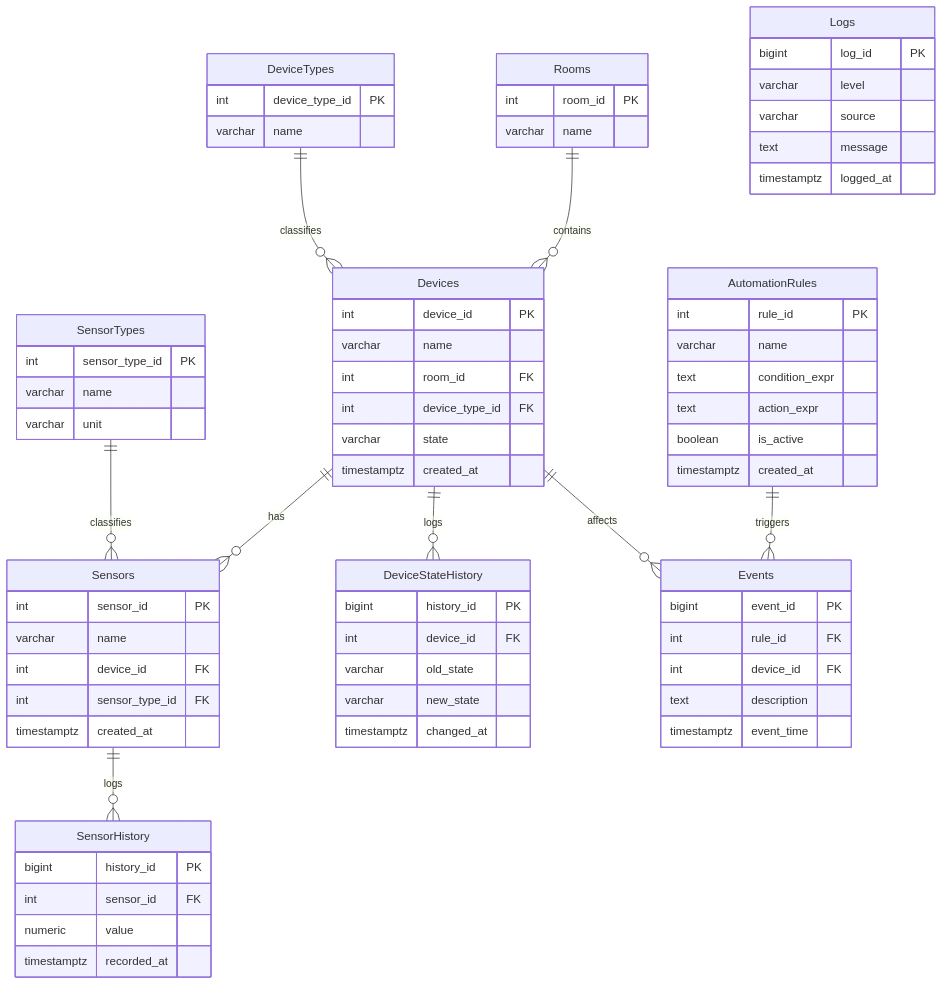
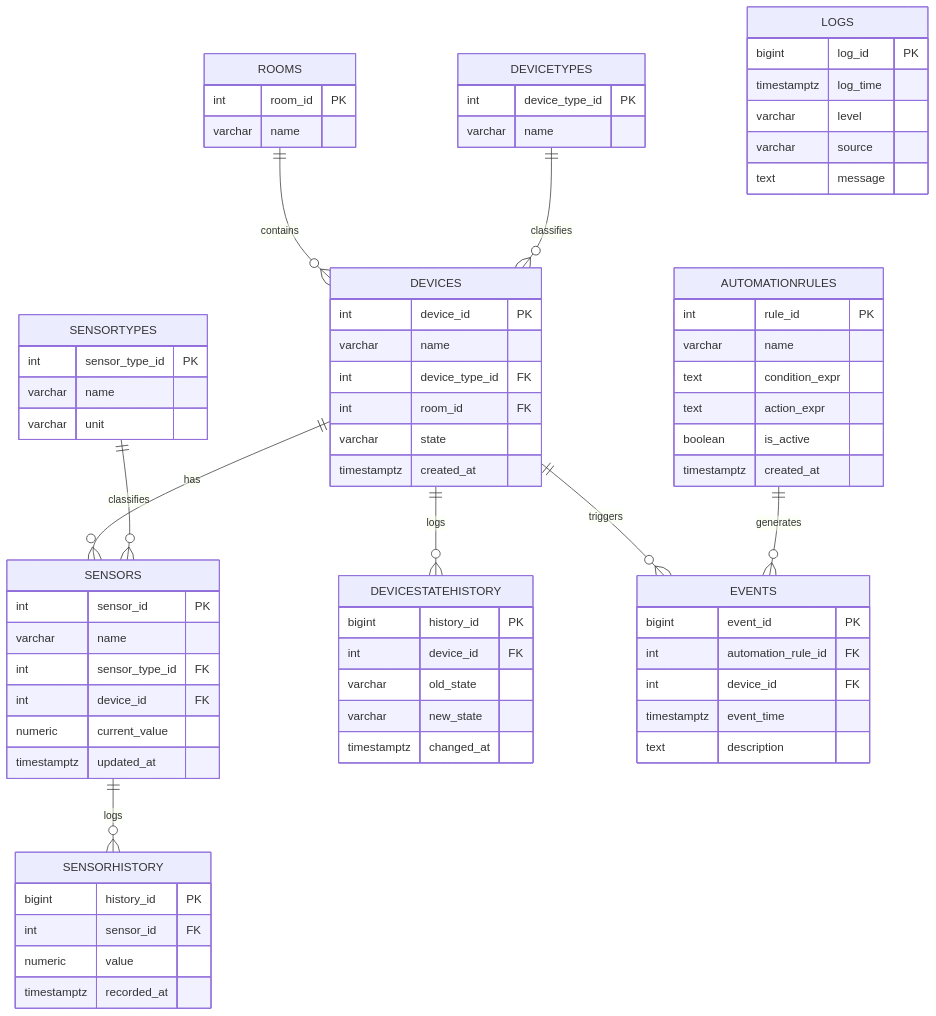
Before and after one commit to Bless221/SmartHomeDSL: the diagram in README.md, drawn with Mermaid. The commit also changed other lines of this file and 1 other file, not shown here.

Commit message:
Add PostgreSQL schema init.sql and README with ER diagram for SmartHomeDB

````diff
--- a/README.md
+++ b/README.md
@@ -49,75 +53,76 @@
 ```mermaid
 erDiagram
-    Rooms ||--o{ Devices : contains
-    DeviceTypes ||--o{ Devices : classifies
-    Devices ||--o{ Sensors : has
-    SensorTypes ||--o{ Sensors : classifies
-    Devices ||--o{ DeviceStateHistory : logs
-    Sensors ||--o{ SensorHistory : logs
-    AutomationRules ||--o{ Events : triggers
-    Devices ||--o{ Events : affects
+    ROOMS ||--o{ DEVICES : contains
+    DEVICETYPES ||--o{ DEVICES : classifies
+    DEVICES ||--o{ SENSORS : has
+    SENSORTYPES ||--o{ SENSORS : classifies
+    DEVICES ||--o{ DEVICESTATEHISTORY : logs
+    SENSORS ||--o{ SENSORHISTORY : logs
+    DEVICES ||--o{ EVENTS : triggers
+    AUTOMATIONRULES ||--o{ EVENTS : generates
 
-    Rooms {
+    ROOMS {
         int room_id PK
         varchar name
     }
-    DeviceTypes {
+    DEVICETYPES {
         int device_type_id PK
         varchar name
     }
-    SensorTypes {
+    DEVICES {
+        int device_id PK
+        varchar name
+        int device_type_id FK
+        int room_id FK
+        varchar state
+        timestamptz created_at
+    }
+    SENSORTYPES {
         int sensor_type_id PK
         varchar name
         varchar unit
     }
-    Devices {
-        int device_id PK
-        varchar name
-        int room_id FK
-        int device_type_id FK
-        varchar state
-        timestamptz created_at
-    }
-    Sensors {
+    SENSORS {
         int sensor_id PK
         varchar name
+        int sensor_type_id FK
         int device_id FK
-        int sensor_type_id FK
-        timestamptz created_at
+        numeric current_value
+        timestamptz updated_at
     }
-    AutomationRules {
+    DEVICESTATEHISTORY {
+        bigint history_id PK
+        int device_id FK
+        varchar old_state
+        varchar new_state
+        timestamptz changed_at
+    }
+    SENSORHISTORY {
+        bigint history_id PK
+        int sensor_id FK
+        numeric value
+        timestamptz recorded_at
+    }
+    AUTOMATIONRULES {
         int rule_id PK
         varchar name
         text condition_expr
         text action_expr
         boolean is_active
         timestamptz created_at
     }
-    DeviceStateHistory {
-        bigint history_id PK
+    EVENTS {
+        bigint event_id PK
+        int automation_rule_id FK
         int device_id FK
-        varchar old_state
-        varchar new_state
-        timestamptz changed_at
+        timestamptz event_time
+        text description
     }
-    SensorHistory {
-        bigint history_id PK
-        int sensor_id FK
-        numeric value
-        timestamptz recorded_at
-    }
-    Events {
-        bigint event_id PK
-        int rule_id FK
-        int device_id FK
-        text description
-        timestamptz event_time
-    }
-    Logs {
+    LOGS {
         bigint log_id PK
+        timestamptz log_time
         varchar level
         varchar source
         text message
-        timestamptz logged_at
     }
 ```
````
